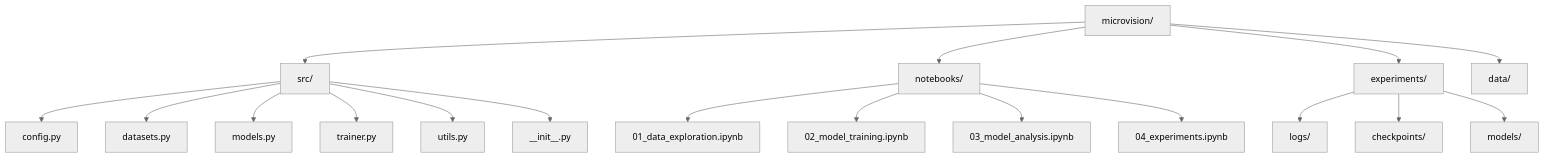
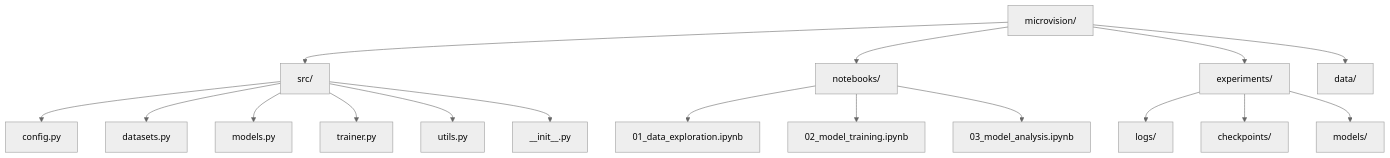
Diagram 12 of 14 in ARCHITECTURE.md (ruskaruma/microvision), drawn with Mermaid (neutral theme) before and after one commit. The commit also changed other lines of this file and 1 other file, not shown here.

````diff
--- a/ARCHITECTURE.md
+++ b/ARCHITECTURE.md
@@ -249,23 +249,22 @@
 ```mermaid
 graph TD
     A[microvision/] --> B[src/]
     A --> C[notebooks/]
     A --> D[experiments/]
     A --> E[data/]
     
     B --> F[config.py]
     B --> G[datasets.py]
     B --> H[models.py]
     B --> I[trainer.py]
     B --> J[utils.py]
     B --> K[__init__.py]
     
     C --> L[01_data_exploration.ipynb]
     C --> M[02_model_training.ipynb]
     C --> N[03_model_analysis.ipynb]
-    C --> O[04_experiments.ipynb]
     
     D --> P[logs/]
     D --> Q[checkpoints/]
     D --> R[models/]
 ```
````
